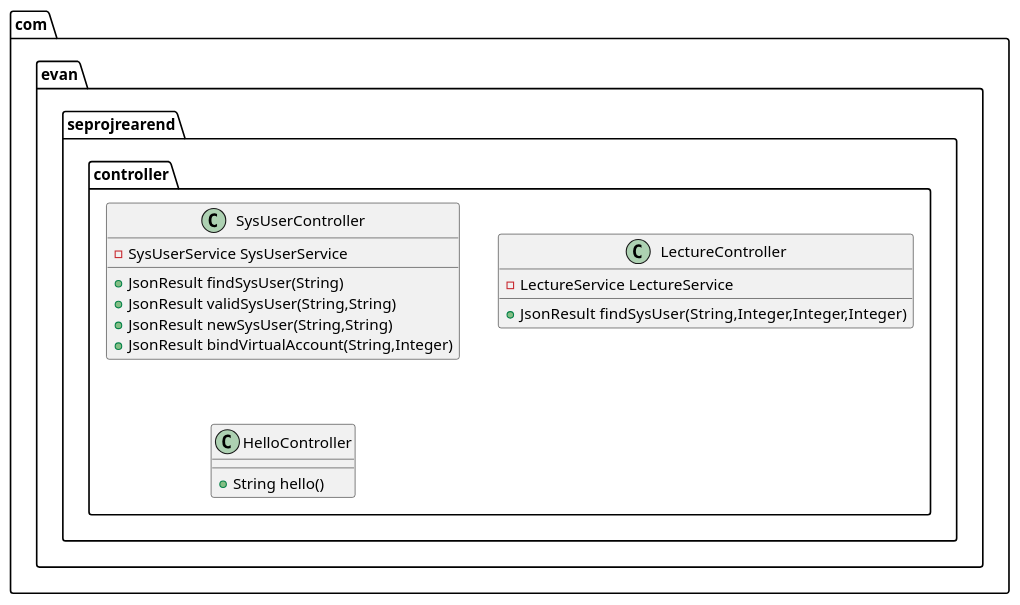
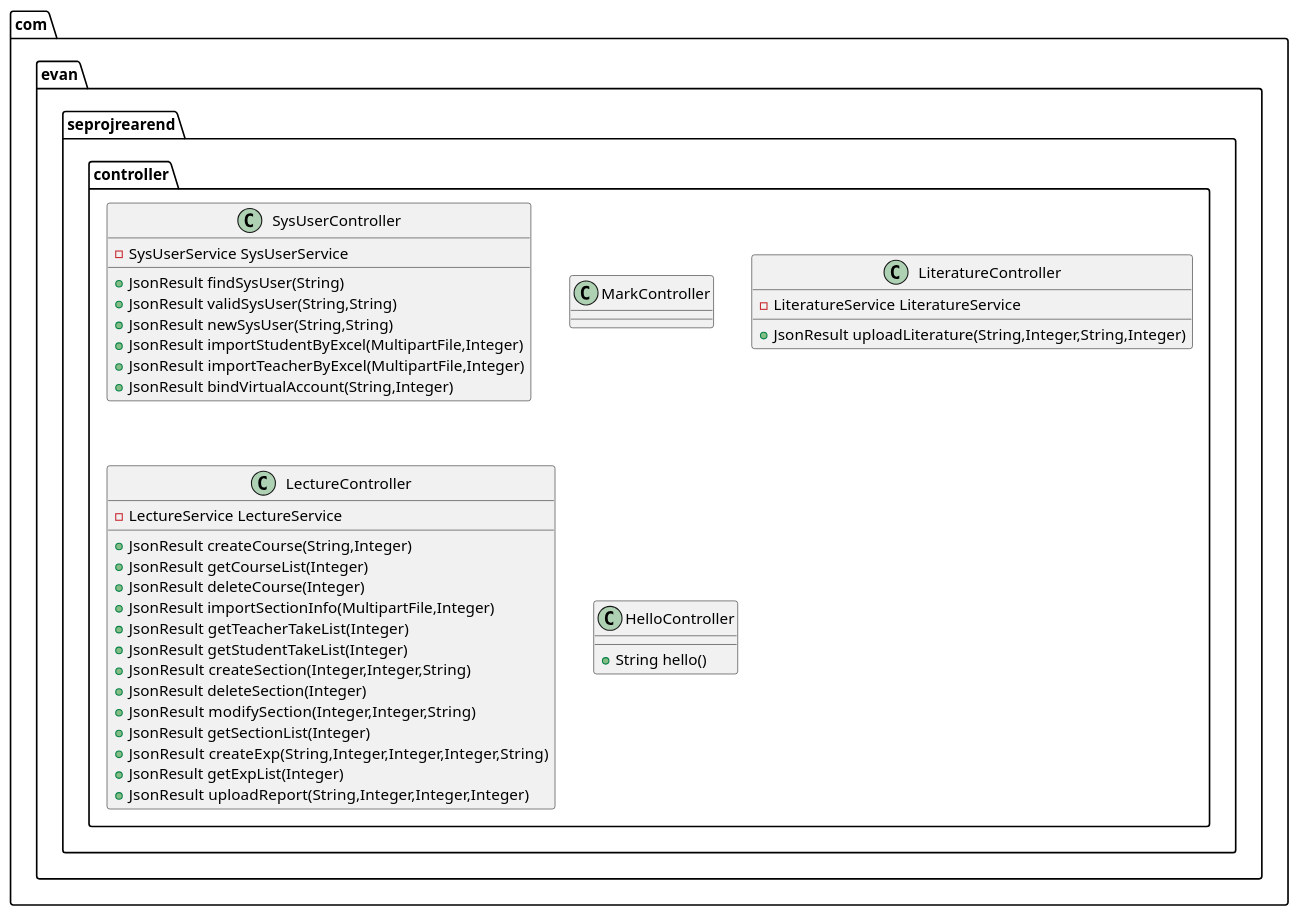
Before and after one commit to RiverLiangH/se-proj-rear-end: the diagram in controller.puml, drawn with PlantUML. The commit also changed 11 other files, not shown here.

```diff
--- a/controller.puml
+++ b/controller.puml
@@ -1,16 +1,36 @@
 @startuml
 class com.evan.seprojrearend.controller.SysUserController {
 - SysUserService SysUserService
 + JsonResult findSysUser(String)
 + JsonResult validSysUser(String,String)
 + JsonResult newSysUser(String,String)
++ JsonResult importStudentByExcel(MultipartFile,Integer)
++ JsonResult importTeacherByExcel(MultipartFile,Integer)
 + JsonResult bindVirtualAccount(String,Integer)
+}
+class com.evan.seprojrearend.controller.MarkController {
+}
+class com.evan.seprojrearend.controller.LiteratureController {
+- LiteratureService LiteratureService
++ JsonResult uploadLiterature(String,Integer,String,Integer)
 }
 class com.evan.seprojrearend.controller.LectureController {
 - LectureService LectureService
-+ JsonResult findSysUser(String,Integer,Integer,Integer)
++ JsonResult createCourse(String,Integer)
++ JsonResult getCourseList(Integer)
++ JsonResult deleteCourse(Integer)
++ JsonResult importSectionInfo(MultipartFile,Integer)
++ JsonResult getTeacherTakeList(Integer)
++ JsonResult getStudentTakeList(Integer)
++ JsonResult createSection(Integer,Integer,String)
++ JsonResult deleteSection(Integer)
++ JsonResult modifySection(Integer,Integer,String)
++ JsonResult getSectionList(Integer)
++ JsonResult createExp(String,Integer,Integer,Integer,String)
++ JsonResult getExpList(Integer)
++ JsonResult uploadReport(String,Integer,Integer,Integer)
 }
 class com.evan.seprojrearend.controller.HelloController {
 + String hello()
 }
 @enduml
```
